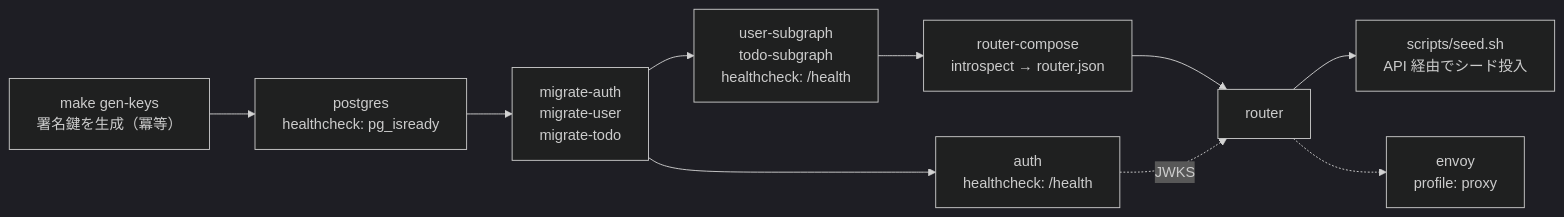
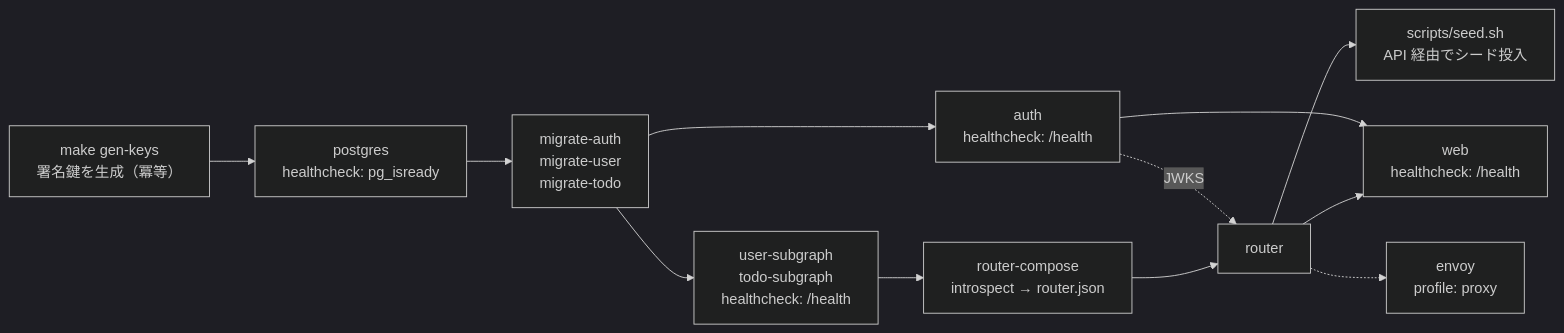
The fifth of 6 diagrams in docs/design.md (kayawari/graphql-todo), drawn with Mermaid (dark theme) before and after one commit. The commit also changed other lines of this file and 26 other files, not shown here.

First line of the commit message:
add(graphql-todo): html/template による Web フロントエンドを追加

````diff
--- a/docs/design.md
+++ b/docs/design.md
@@ -1073,12 +1161,14 @@
 ```mermaid
 flowchart LR
     KEY[make gen-keys<br/>署名鍵を生成（冪等）] --> PG[postgres<br/>healthcheck: pg_isready]
     PG --> MIG[migrate-auth<br/>migrate-user<br/>migrate-todo]
     MIG --> AU[auth<br/>healthcheck: /health]
     MIG --> SG[user-subgraph<br/>todo-subgraph<br/>healthcheck: /health]
     SG --> RC[router-compose<br/>introspect → router.json]
     RC --> RT[router]
     AU -.->|JWKS| RT
+    RT --> WEB[web<br/>healthcheck: /health]
+    AU --> WEB
     RT --> SEED[scripts/seed.sh<br/>API 経由でシード投入]
     RT -.-> EV[envoy<br/>profile: proxy]
 ```
````
